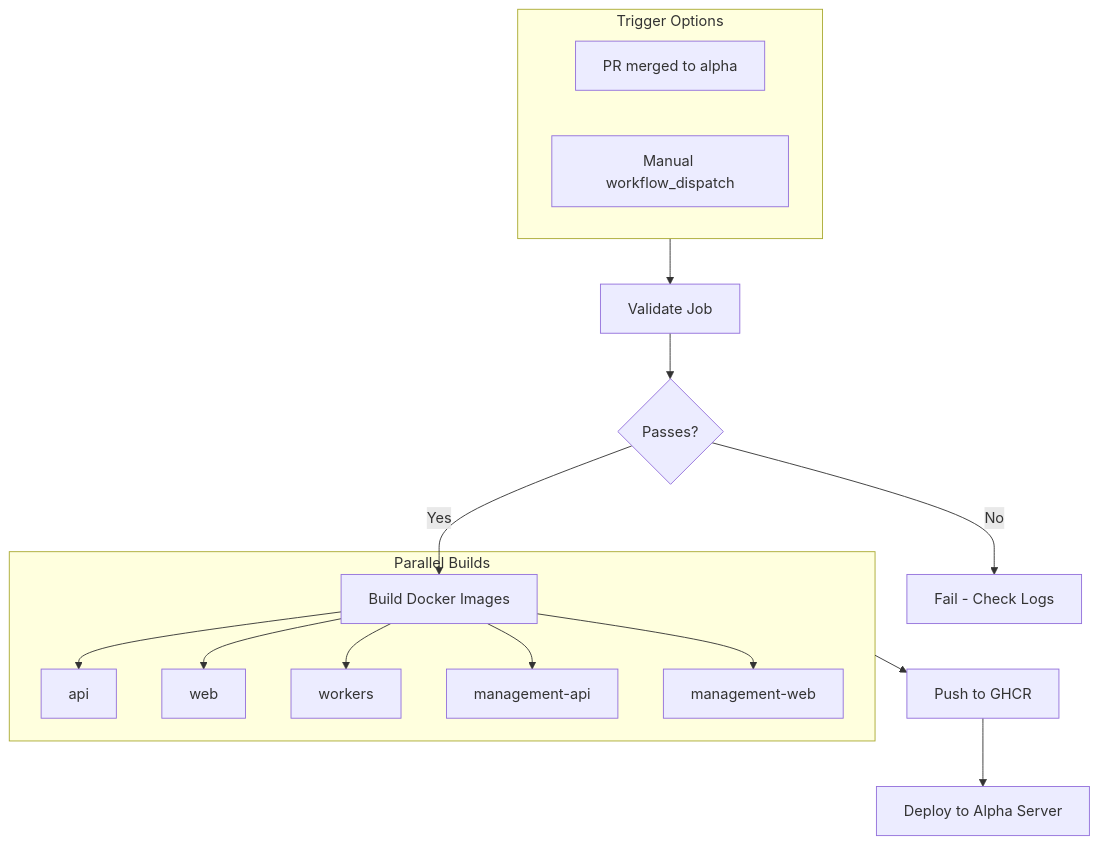
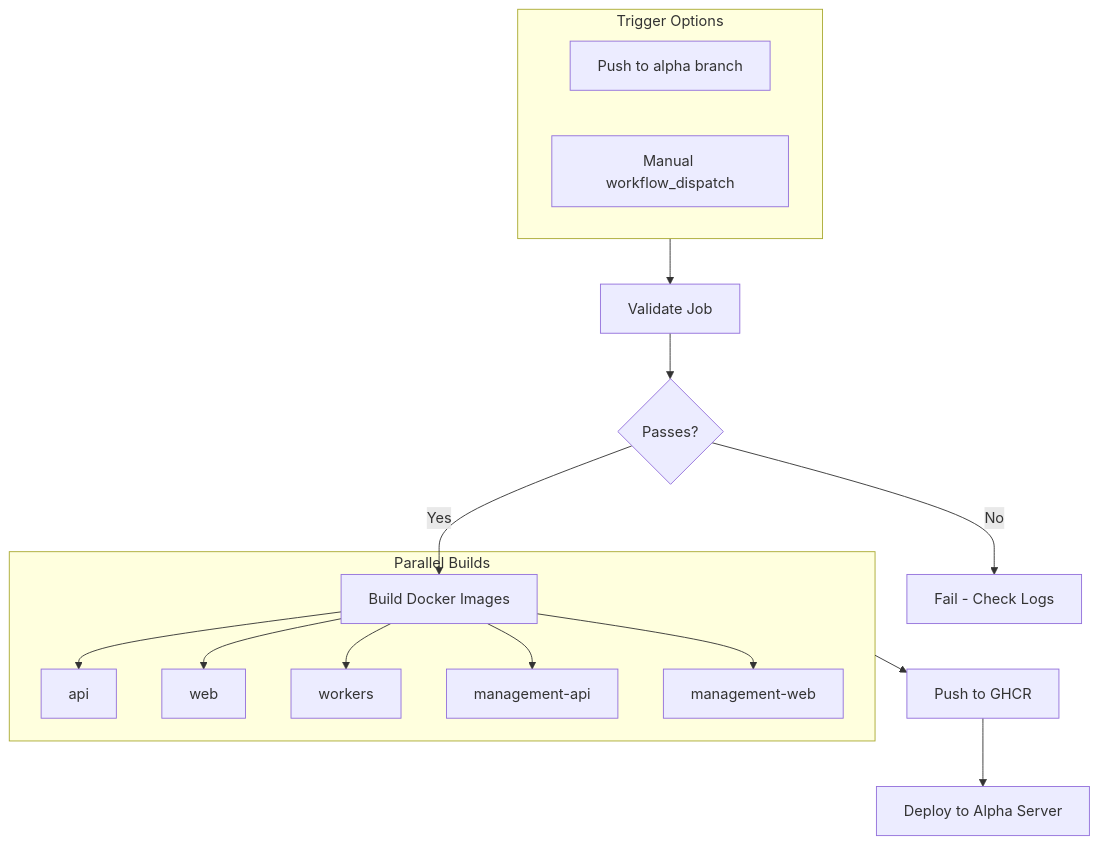
The diagram in docs/ALPHA-DEPLOYMENT.md (podverse/podverse), drawn with Mermaid before and after one commit. The commit also changed other lines of this file, not shown here.

First line of the commit message:
docs: update ALPHA-DEPLOYMENT.md to reflect changes in alpha branch deployment process

````diff
--- a/docs/ALPHA-DEPLOYMENT.md
+++ b/docs/ALPHA-DEPLOYMENT.md
@@ -12,23 +14,23 @@
 ```mermaid
 flowchart TD
     subgraph trigger [Trigger Options]
-        A[PR merged to alpha]
+        A[Push to alpha branch]
         B[Manual workflow_dispatch]
     end
     
     trigger --> C[Validate Job]
     C --> D{Passes?}
     D -->|No| E[Fail - Check Logs]
     D -->|Yes| F[Build Docker Images]
     
     subgraph parallel [Parallel Builds]
         F --> G[api]
         F --> H[web]
         F --> I[workers]
         F --> J[management-api]
         F --> K[management-web]
     end
     
     parallel --> L[Push to GHCR]
     L --> M[Deploy to Alpha Server]
 ```
````
